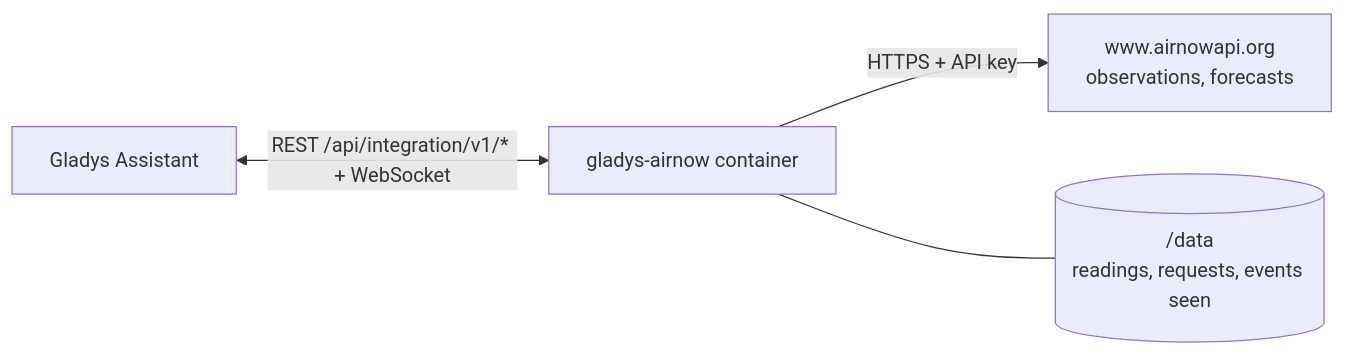
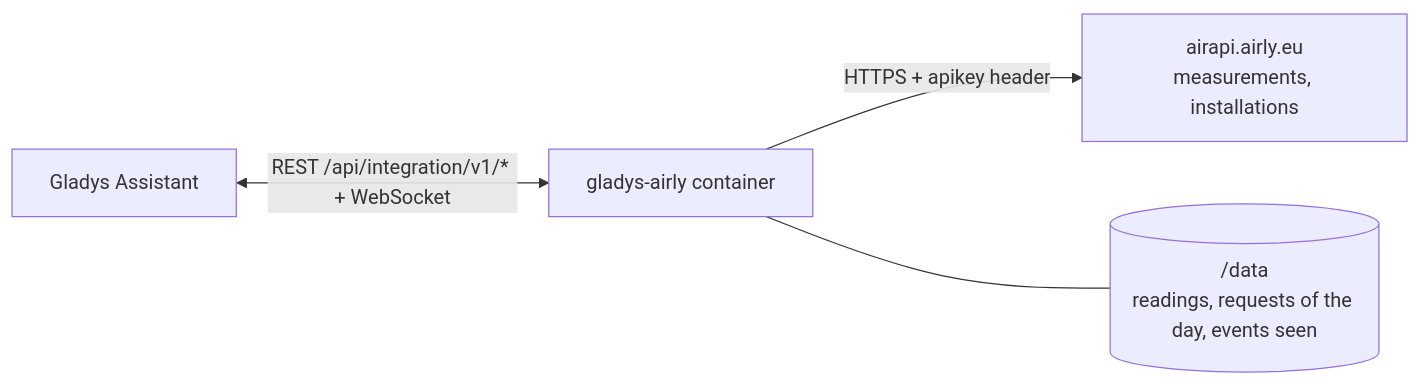
The first of 2 diagrams in README.md (William-De71/gladys-airly), drawn with Mermaid before and after one commit. The commit also changed other lines of this file and 22 other files, not shown here.

First line of the commit message:
docs: document the Airly integration in four languages, with generated widget images

````diff
--- a/README.md
+++ b/README.md
@@ -27,6 +27,6 @@
 ```mermaid
 flowchart LR
-  G[Gladys Assistant] <-->|REST /api/integration/v1/* + WebSocket| I[gladys-airnow container]
-  I -->|HTTPS + API key| A[www.airnowapi.org<br/>observations, forecasts]
-  I --- D[(/data<br/>readings, requests, events seen)]
+  G[Gladys Assistant] <-->|REST /api/integration/v1/* + WebSocket| I[gladys-airly container]
+  I -->|HTTPS + apikey header| A[airapi.airly.eu<br/>measurements, installations]
+  I --- D[(/data<br/>readings, requests of the day, events seen)]
 ```
````
